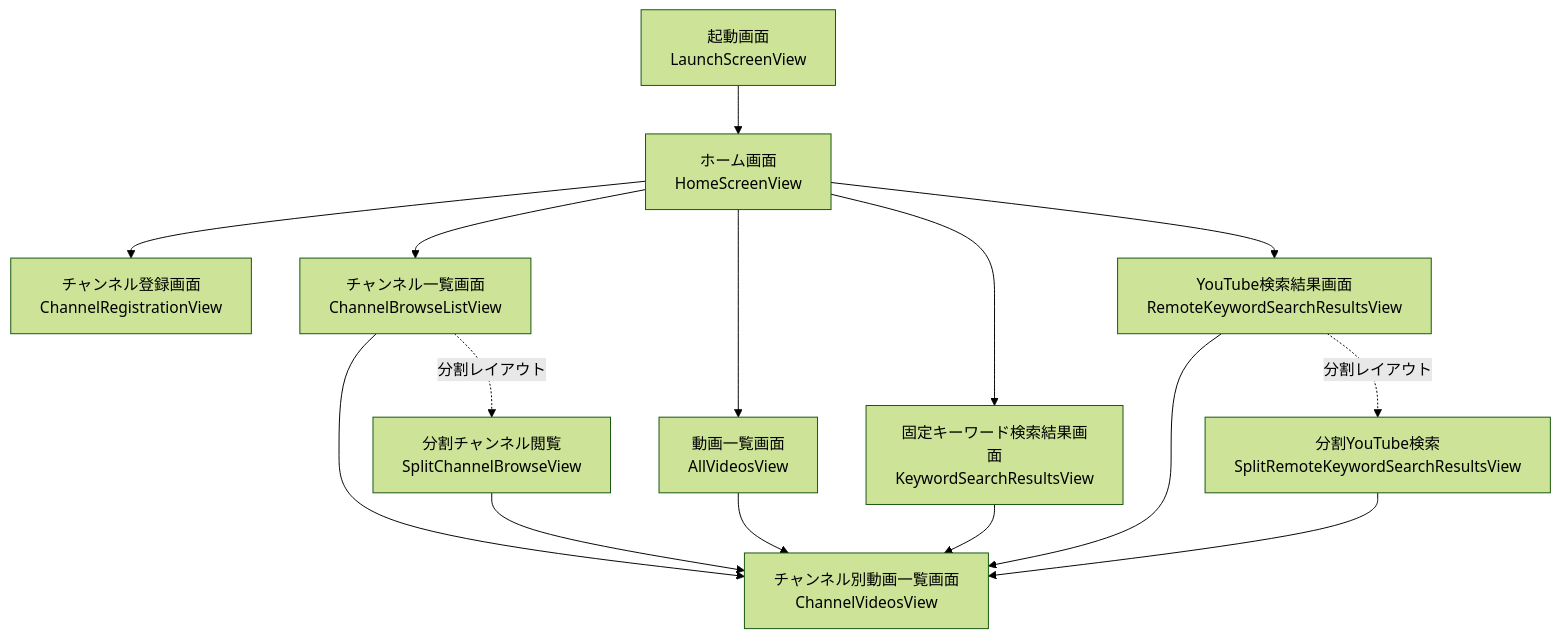
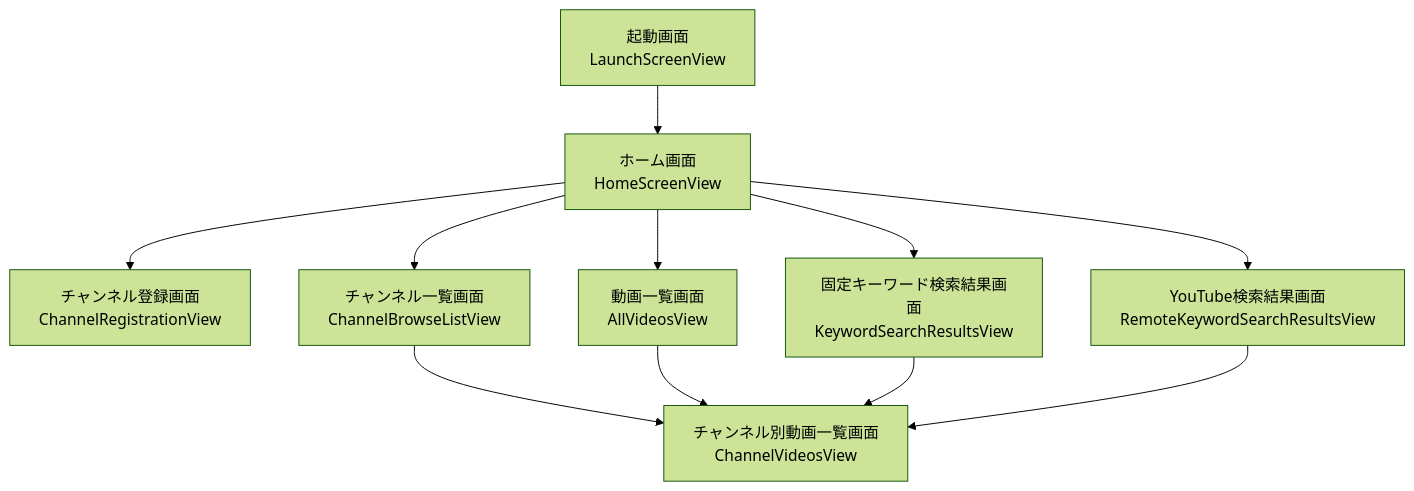
The diagram in docs/gui-reference.md (horikuma/YoutubeFeeder), drawn with Mermaid (forest theme) before and after one commit. The commit also changed other lines of this file and 7 other files, not shown here.

````diff
--- a/docs/gui-reference.md
+++ b/docs/gui-reference.md
@@ -7,17 +7,13 @@
 ```mermaid
 flowchart TD
     A["起動画面\nLaunchScreenView"] --> B["ホーム画面\nHomeScreenView"]
     B --> C["チャンネル登録画面\nChannelRegistrationView"]
     B --> D["チャンネル一覧画面\nChannelBrowseListView"]
     B --> E["動画一覧画面\nAllVideosView"]
     B --> F["固定キーワード検索結果画面\nKeywordSearchResultsView"]
     B --> G["YouTube検索結果画面\nRemoteKeywordSearchResultsView"]
     D --> H["チャンネル別動画一覧画面\nChannelVideosView"]
     E --> H
     F --> H
     G --> H
-    D -. "分割レイアウト" .-> I["分割チャンネル閲覧\nSplitChannelBrowseView"]
-    G -. "分割レイアウト" .-> J["分割YouTube検索\nSplitRemoteKeywordSearchResultsView"]
-    I --> H
-    J --> H
 ```
````
